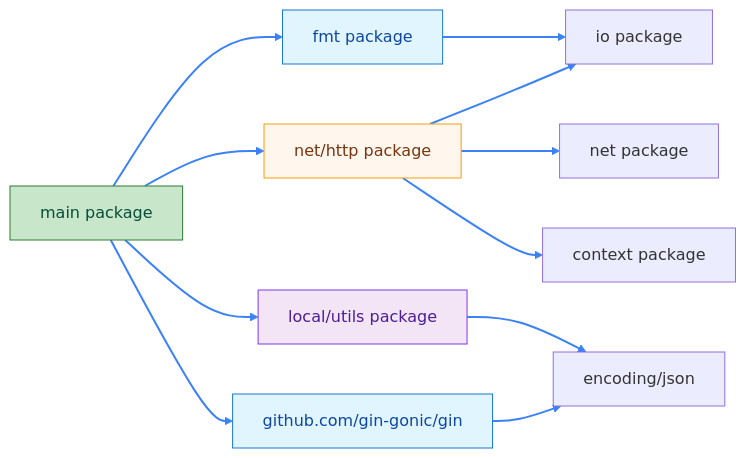
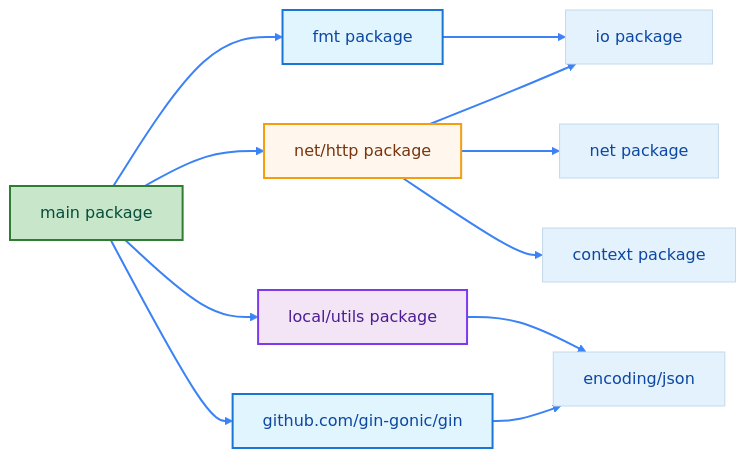
Before and after one commit to lazygophers/knowledge: the diagram in docs/zh/golang/fundamentals/package-system.mdx, drawn with Mermaid. The commit also changed 10 other files, not shown here.

First line of the commit message:
docs(golang): 修复 Mermaid 箭头样式和连接线颜色

````diff
--- a/docs/zh/golang/fundamentals/package-system.mdx
+++ b/docs/zh/golang/fundamentals/package-system.mdx
@@ -59,25 +59,26 @@
 ```mermaid
+%%{init: {'theme':'base', 'themeVariables': { 'lineColor':'#3b82f6', 'primaryColor':'#e3f2fd', 'primaryTextColor':'#0d47a1'}}}%%
 flowchart LR
     A[main package] --> B[fmt package]
     A --> C[net/http package]
     A --> D[local/utils package]
     A --> E[github.com/gin-gonic/gin]
 
     B --> F[io package]
     C --> F
     C --> G[net package]
     C --> H[context package]
     D --> I[encoding/json]
     E --> I
 
     linkStyle default stroke:#3b82f6,stroke-width:2px
-    classDef mainPkg fill:#c8e6c9,stroke:#2e7d32,color:#064e3b
-    classDef stdLib fill:#e1f5ff,stroke:#1976d2,color:#0d47a1
-    classDef thirdParty fill:#fff7ed,stroke:#f59e0b,color:#78350f
-    classDef localPkg fill:#f3e5f5,stroke:#7c3aed,color:#4c1d95
+    classDef mainPkg fill:#c8e6c9,stroke:#2e7d32,stroke-width:2px,color:#064e3b
+    classDef stdLib fill:#e1f5ff,stroke:#1976d2,stroke-width:2px,color:#0d47a1
+    classDef thirdParty fill:#fff7ed,stroke:#f59e0b,stroke-width:2px,color:#78350f
+    classDef localPkg fill:#f3e5f5,stroke:#7c3aed,stroke-width:2px,color:#4c1d95
 
     class A mainPkg
     class B,E stdLib
     class C thirdParty
     class D localPkg
 ```
````
